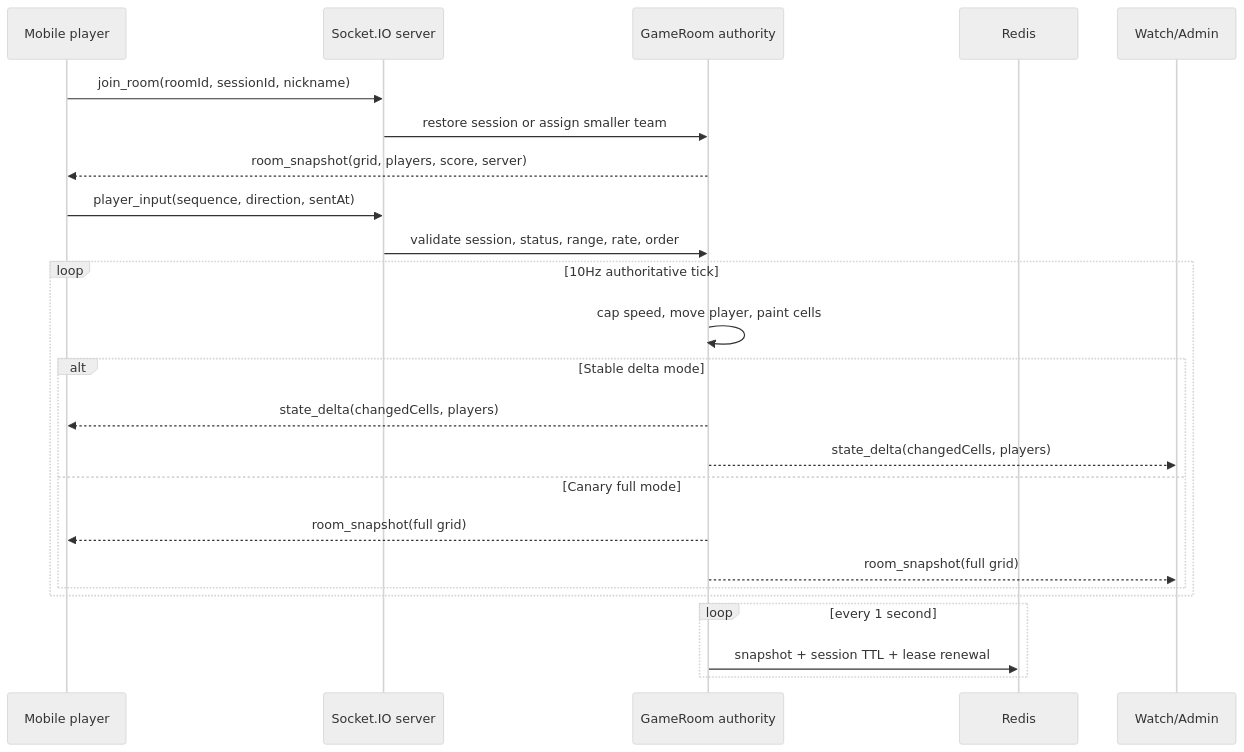
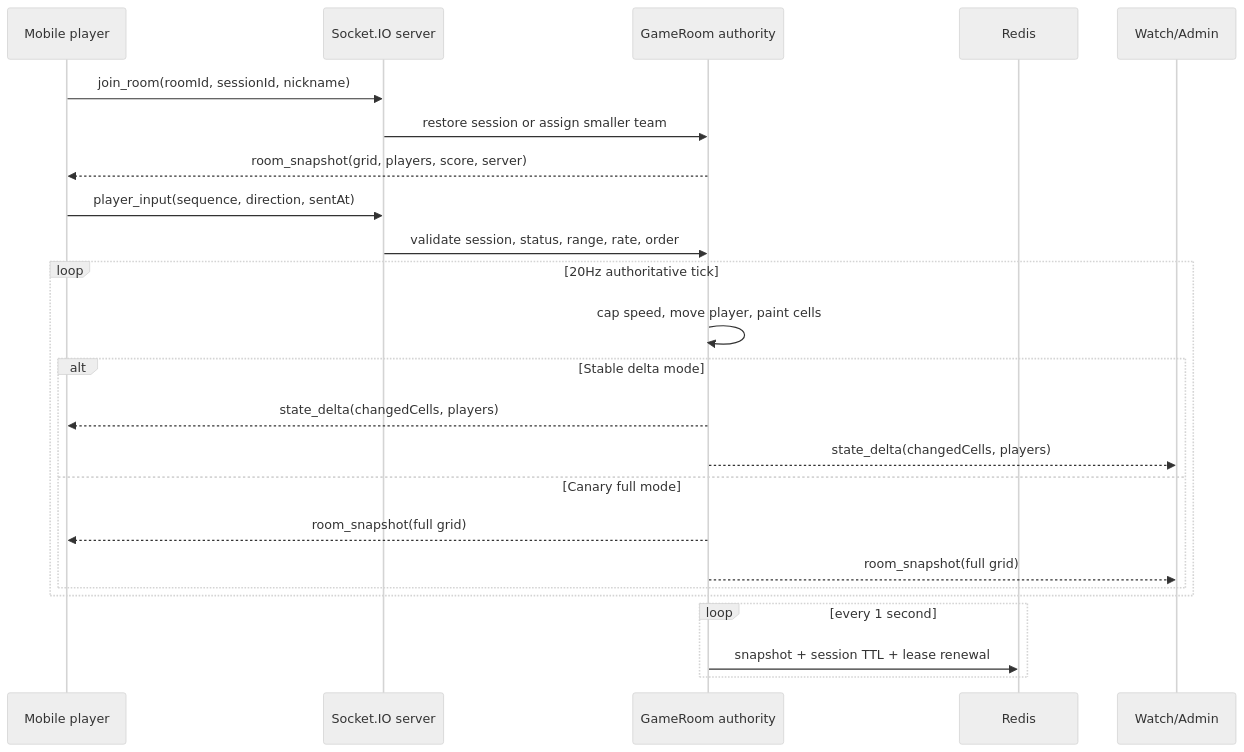
Before and after one commit to Jungle-303-04/COLOR-TURF-ARENA: the second of 3 diagrams in docs/architecture.md, drawn with Mermaid (neutral theme). The commit also changed other lines of this file and 11 other files, not shown here.

Commit message:
Increase authoritative game tick to 20Hz

````diff
--- a/docs/architecture.md
+++ b/docs/architecture.md
@@ -55,27 +55,27 @@
 ```mermaid
 sequenceDiagram
     participant P as Mobile player
     participant S as Socket.IO server
     participant G as GameRoom authority
     participant R as Redis
     participant V as Watch/Admin
 
     P->>S: join_room(roomId, sessionId, nickname)
     S->>G: restore session or assign smaller team
     G-->>P: room_snapshot(grid, players, score, server)
     P->>S: player_input(sequence, direction, sentAt)
     S->>G: validate session, status, range, rate, order
-    loop 10Hz authoritative tick
+    loop 20Hz authoritative tick
         G->>G: cap speed, move player, paint cells
         alt Stable delta mode
             G-->>P: state_delta(changedCells, players)
             G-->>V: state_delta(changedCells, players)
         else Canary full mode
             G-->>P: room_snapshot(full grid)
             G-->>V: room_snapshot(full grid)
         end
     end
     loop every 1 second
         G->>R: snapshot + session TTL + lease renewal
     end
 ```
````
